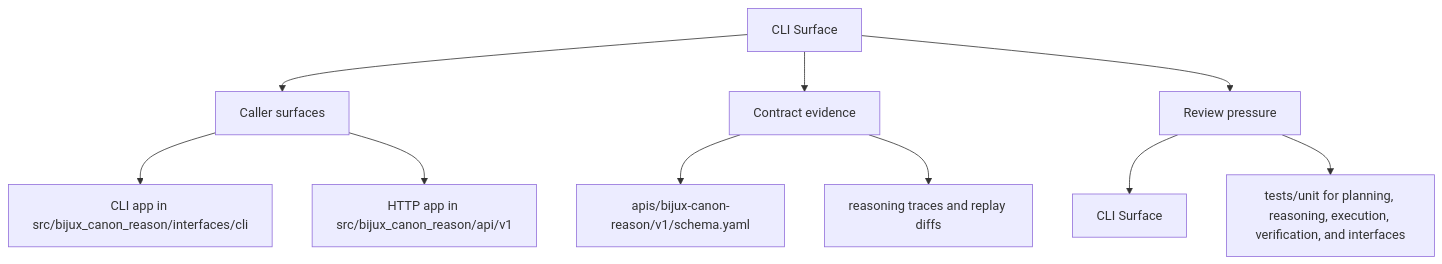
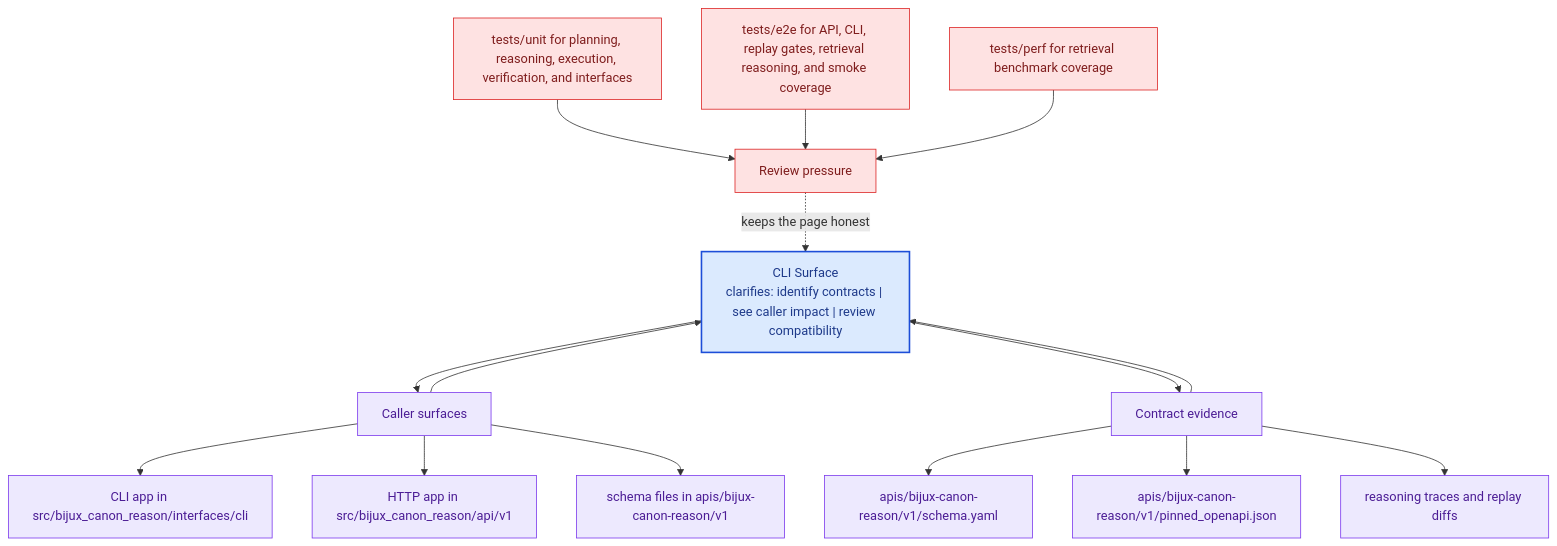
Before and after one commit to bijux/bijux-canon: the second of 2 diagrams in docs/bijux-canon-reason/interfaces/cli-surface.md, drawn with Mermaid. The commit also changed other lines of this file and 281 other files, not shown here.

Commit message:
docs(diagrams): deepen handbook mermaid maps across the catalog

````diff
--- a/docs/bijux-canon-reason/interfaces/cli-surface.md
+++ b/docs/bijux-canon-reason/interfaces/cli-surface.md
@@ -36,22 +69,41 @@
 ```mermaid
-flowchart TD
-    page["CLI Surface"]
+flowchart TB
+    promise["CLI Surface<br/>clarifies: identify contracts | see caller impact | review compatibility"]
+    classDef promise fill:#dbeafe,stroke:#1d4ed8,color:#1e3a8a,stroke-width:2px;
+    classDef driver fill:#dcfce7,stroke:#16a34a,color:#14532d;
+    classDef constraint fill:#fee2e2,stroke:#dc2626,color:#7f1d1d;
+    classDef ground fill:#ede9fe,stroke:#7c3aed,color:#4c1d95;
     focus1["Caller surfaces"]
-    page --> focus1
+    focus1 --> promise
+    promise --> focus1
     focus1_1["CLI app in src/bijux_canon_reason/interfaces/cli"]
     focus1 --> focus1_1
     focus1_2["HTTP app in src/bijux_canon_reason/api/v1"]
     focus1 --> focus1_2
+    focus1_3["schema files in apis/bijux-canon-reason/v1"]
+    focus1 --> focus1_3
+    class focus1 ground;
+    class focus1_1,focus1_2,focus1_3 ground;
     focus2["Contract evidence"]
-    page --> focus2
+    focus2 --> promise
+    promise --> focus2
     focus2_1["apis/bijux-canon-reason/v1/schema.yaml"]
     focus2 --> focus2_1
-    focus2_2["reasoning traces and replay diffs"]
+    focus2_2["apis/bijux-canon-reason/v1/pinned_openapi.json"]
     focus2 --> focus2_2
+    focus2_3["reasoning traces and replay diffs"]
+    focus2 --> focus2_3
+    class focus2 ground;
+    class focus2_1,focus2_2,focus2_3 ground;
     focus3["Review pressure"]
-    page --> focus3
-    focus3_1["CLI Surface"]
-    focus3 --> focus3_1
-    focus3_2["tests/unit for planning, reasoning, execution, verification, and interfaces"]
-    focus3 --> focus3_2
+    focus3 -.keeps the page honest.-> promise
+    focus3_1["tests/unit for planning, reasoning, execution, verification, and interfaces"]
+    focus3_1 --> focus3
+    focus3_2["tests/e2e for API, CLI, replay gates, retrieval reasoning, and smoke coverage"]
+    focus3_2 --> focus3
+    focus3_3["tests/perf for retrieval benchmark coverage"]
+    focus3_3 --> focus3
+    class focus3 constraint;
+    class focus3_1,focus3_2,focus3_3 constraint;
+    class promise promise;
 ```
````
